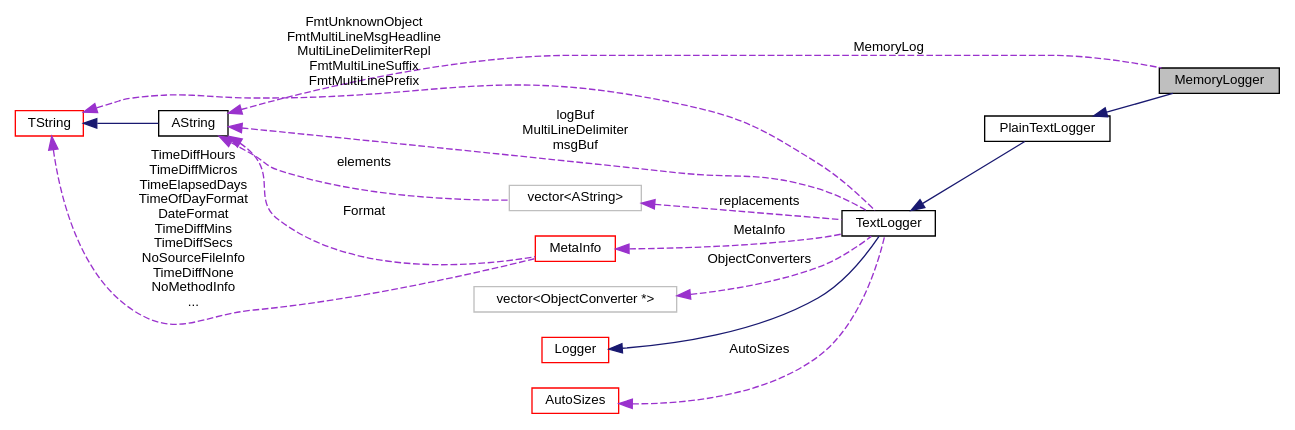
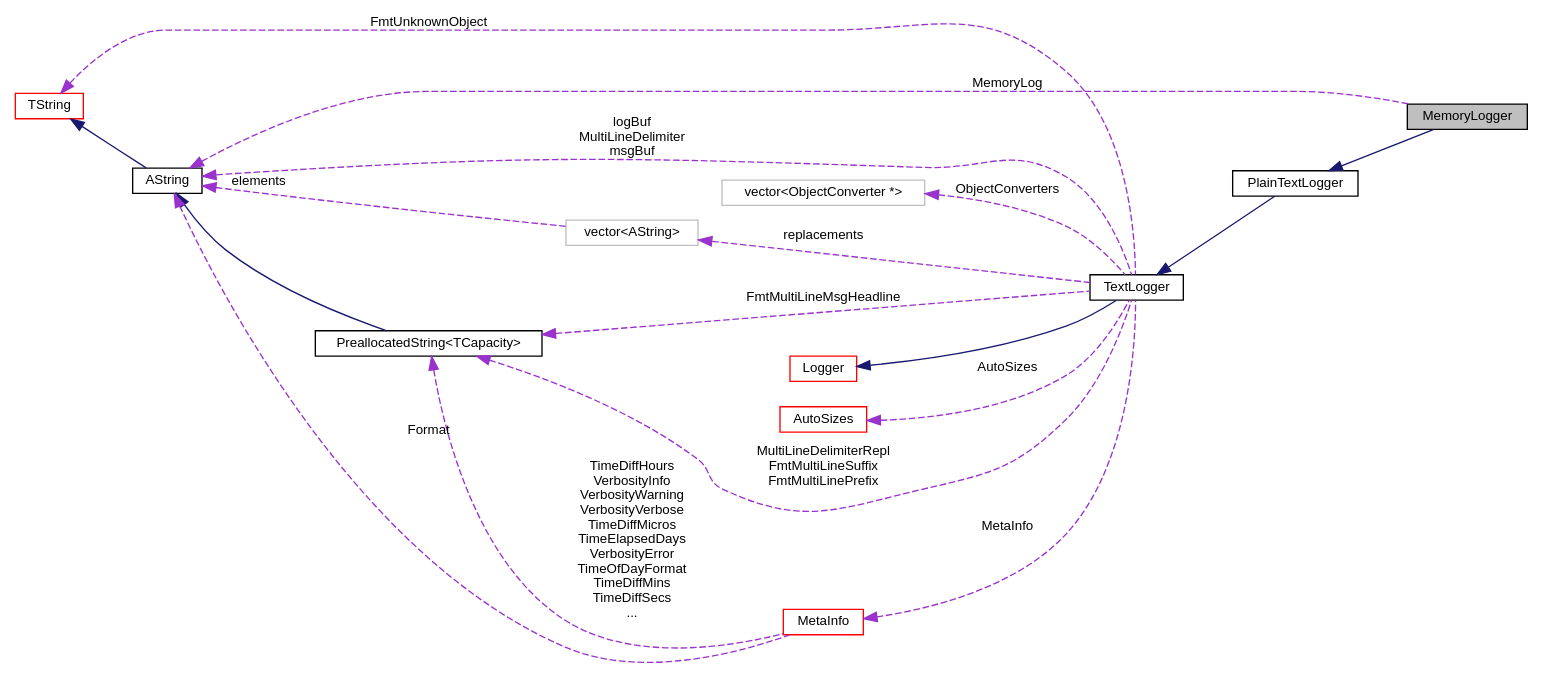
One commit to AlexWorx/ALox-Logging-Library changed the diagram in cpp_ref/classaworx_1_1lox_1_1loggers_1_1MemoryLogger__coll__graph.dot.corrected.dot. Above: the diagram before and after it, drawn with Graphviz. The commit also changed 2703 other files, not shown here.

```diff
--- a/cpp_ref/classaworx_1_1lox_1_1loggers_1_1MemoryLogger__coll__graph.dot.corrected.dot
+++ b/cpp_ref/classaworx_1_1lox_1_1loggers_1_1MemoryLogger__coll__graph.dot.corrected.dot
@@ -1,30 +1,34 @@
 digraph "MemoryLogger"
 {
   edge [fontname="Helvetica",fontsize="10",labelfontname="Helvetica",labelfontsize="10"];
   node [fontname="Helvetica",fontsize="10",shape=record];
   rankdir="LR";
   Node1 [label="MemoryLogger",height=0.2,width=0.4,color="black", fillcolor="grey75", style="filled", fontcolor="black"];
   Node6 [label="vector\<AString\>",height=0.2,width=0.4,color="grey75", fillcolor="white", style="filled"];
-  Node10 [label="vector\<ObjectConverter *\>",height=0.2,width=0.4,color="grey75", fillcolor="white", style="filled"];
+  Node12 [label="vector\<ObjectConverter *\>",height=0.2,width=0.4,color="grey75", fillcolor="white", style="filled"];
+  Node9 [label="PreallocatedString\<TCapacity\>",height=0.2,width=0.4,color="black", fillcolor="white", style="filled",URL="$classaworx_1_1lib_1_1strings_1_1PreallocatedString.html"];
   Node2 -> Node1 [dir="back",color="midnightblue",fontsize="10",style="solid",fontname="Helvetica"];
   Node3 -> Node2 [dir="back",color="midnightblue",fontsize="10",style="solid",fontname="Helvetica"];
   Node4 -> Node3 [dir="back",color="midnightblue",fontsize="10",style="solid",fontname="Helvetica"];
   Node5 -> Node3 [dir="back",color="darkorchid3",fontsize="10",style="dashed",label=" AutoSizes" ,fontname="Helvetica"];
   Node6 -> Node3 [dir="back",color="darkorchid3",fontsize="10",style="dashed",label=" replacements" ,fontname="Helvetica"];
   Node7 -> Node1 [dir="back",color="darkorchid3",fontsize="10",style="dashed",label=" MemoryLog" ,fontname="Helvetica"];
   Node7 -> Node3 [dir="back",color="darkorchid3",fontsize="10",style="dashed",label=" logBuf\nMultiLineDelimiter\nmsgBuf" ,fontname="Helvetica"];
   Node7 -> Node6 [dir="back",color="darkorchid3",fontsize="10",style="dashed",label=" elements" ,fontname="Helvetica"];
-  Node7 -> Node9 [dir="back",color="darkorchid3",fontsize="10",style="dashed",label=" Format" ,fontname="Helvetica"];
-  Node8 -> Node3 [dir="back",color="darkorchid3",fontsize="10",style="dashed",label=" FmtUnknownObject\nFmtMultiLineMsgHeadline\nMultiLineDelimiterRepl\nFmtMultiLineSuffix\nFmtMultiLinePrefix" ,fontname="Helvetica"];
+  Node7 -> Node9 [dir="back",color="midnightblue",fontsize="10",style="solid",fontname="Helvetica"];
+  Node7 -> Node11 [dir="back",color="darkorchid3",fontsize="10",style="dashed",label=" Format" ,fontname="Helvetica"];
+  Node8 -> Node3 [dir="back",color="darkorchid3",fontsize="10",style="dashed",label=" FmtUnknownObject" ,fontname="Helvetica"];
   Node8 -> Node7 [dir="back",color="midnightblue",fontsize="10",style="solid",fontname="Helvetica"];
-  Node8 -> Node9 [dir="back",color="darkorchid3",fontsize="10",style="dashed",label=" TimeDiffHours\nTimeDiffMicros\nTimeElapsedDays\nTimeOfDayFormat\nDateFormat\nTimeDiffMins\nTimeDiffSecs\nNoSourceFileInfo\nTimeDiffNone\nNoMethodInfo\n..." ,fontname="Helvetica"];
-  Node9 -> Node3 [dir="back",color="darkorchid3",fontsize="10",style="dashed",label=" MetaInfo" ,fontname="Helvetica"];
-  Node10 -> Node3 [dir="back",color="darkorchid3",fontsize="10",style="dashed",label=" ObjectConverters" ,fontname="Helvetica"];
+  Node9 -> Node3 [dir="back",color="darkorchid3",fontsize="10",style="dashed",label=" FmtMultiLineMsgHeadline" ,fontname="Helvetica"];
+  Node9 -> Node3 [dir="back",color="darkorchid3",fontsize="10",style="dashed",label=" MultiLineDelimiterRepl\nFmtMultiLineSuffix\nFmtMultiLinePrefix" ,fontname="Helvetica"];
+  Node9 -> Node11 [dir="back",color="darkorchid3",fontsize="10",style="dashed",label=" TimeDiffHours\nVerbosityInfo\nVerbosityWarning\nVerbosityVerbose\nTimeDiffMicros\nTimeElapsedDays\nVerbosityError\nTimeOfDayFormat\nTimeDiffMins\nTimeDiffSecs\n..." ,fontname="Helvetica"];
+  Node11 -> Node3 [dir="back",color="darkorchid3",fontsize="10",style="dashed",label=" MetaInfo" ,fontname="Helvetica"];
+  Node12 -> Node3 [dir="back",color="darkorchid3",fontsize="10",style="dashed",label=" ObjectConverters" ,fontname="Helvetica"];
   Node2 [label="PlainTextLogger",height=0.2,width=0.4,color="black", fillcolor="white", style="filled",URL="$classaworx_1_1lox_1_1core_1_1textlogger_1_1PlainTextLogger.html"];
   Node3 [label="TextLogger",height=0.2,width=0.4,color="black", fillcolor="white", style="filled",URL="$classaworx_1_1lox_1_1core_1_1textlogger_1_1TextLogger.html"];
   Node4 [label="Logger",height=0.2,width=0.4,color="red", fillcolor="white", style="filled",URL="$classaworx_1_1lox_1_1core_1_1Logger.html"];
   Node5 [label="AutoSizes",height=0.2,width=0.4,color="red", fillcolor="white", style="filled",URL="$classaworx_1_1lox_1_1core_1_1textlogger_1_1AutoSizes.html"];
   Node7 [label="AString",height=0.2,width=0.4,color="black", fillcolor="white", style="filled",URL="$classaworx_1_1lib_1_1strings_1_1AString.html"];
   Node8 [label="TString",height=0.2,width=0.4,color="red", fillcolor="white", style="filled",URL="$classaworx_1_1lib_1_1strings_1_1TString.html"];
-  Node9 [label="MetaInfo",height=0.2,width=0.4,color="red", fillcolor="white", style="filled",URL="$classaworx_1_1lox_1_1core_1_1textlogger_1_1MetaInfo.html"];
+  Node11 [label="MetaInfo",height=0.2,width=0.4,color="red", fillcolor="white", style="filled",URL="$classaworx_1_1lox_1_1core_1_1textlogger_1_1MetaInfo.html"];
 }
```
